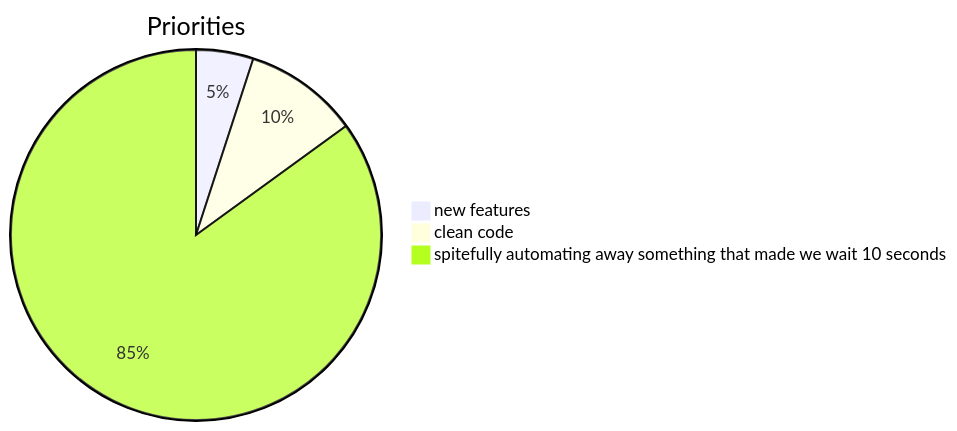
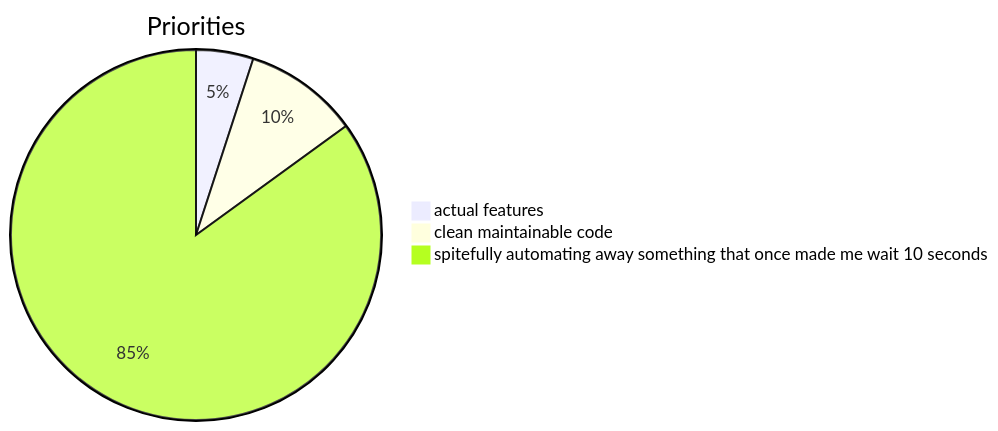
One commit to sgatewood/sgatewood changed the diagram in README.md. Above: the diagram before and after it, drawn with Mermaid.

````diff
--- a/README.md
+++ b/README.md
@@ -3,6 +3,6 @@
 ```mermaid
 pie title Priorities
-    "new features" : 5
-    "clean code" : 10
-    "spitefully automating away something that made we wait 10 seconds": 85
+    "actual features" : 5
+    "clean maintainable code" : 10
+    "spitefully automating away something that once made me wait 10 seconds": 85
 ```
````
